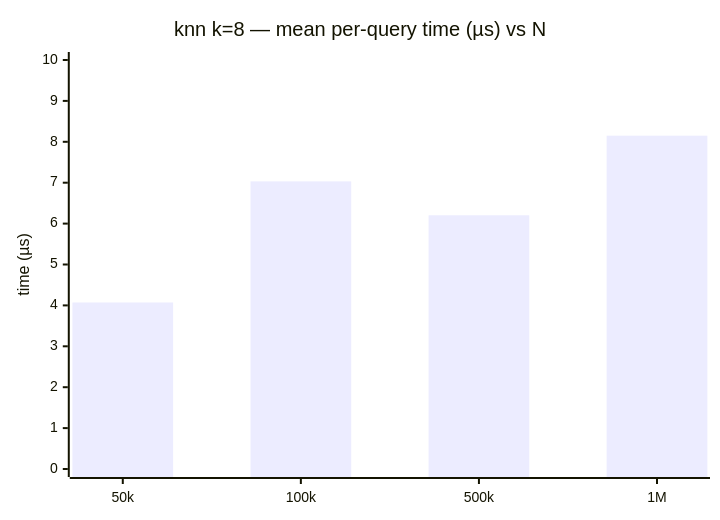
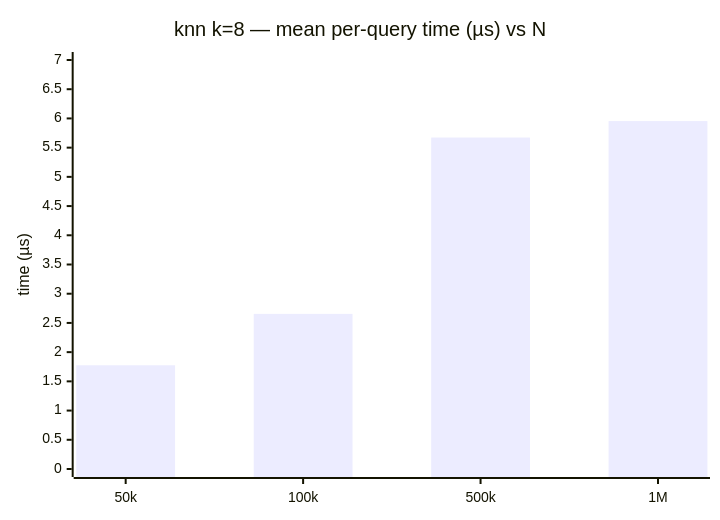
One commit to dch4o/copse changed the diagram in docs/benchmark/search.md. Above: the diagram before and after it, drawn with Mermaid. The commit also changed other lines of this file and 4 other files, not shown here.

````diff
--- a/docs/benchmark/search.md
+++ b/docs/benchmark/search.md
@@ -52,7 +52,7 @@
 ```mermaid
 xychart-beta
     title "knn k=8 — mean per-query time (µs) vs N"
     x-axis [50k, 100k, 500k, 1M]
-    y-axis "time (µs)" 0 --> 10
-    bar [4.071, 7.032, 6.203, 8.150]
+    y-axis "time (µs)" 0 --> 7
+    bar [1.775, 2.655, 5.673, 5.955]
 ```
````
